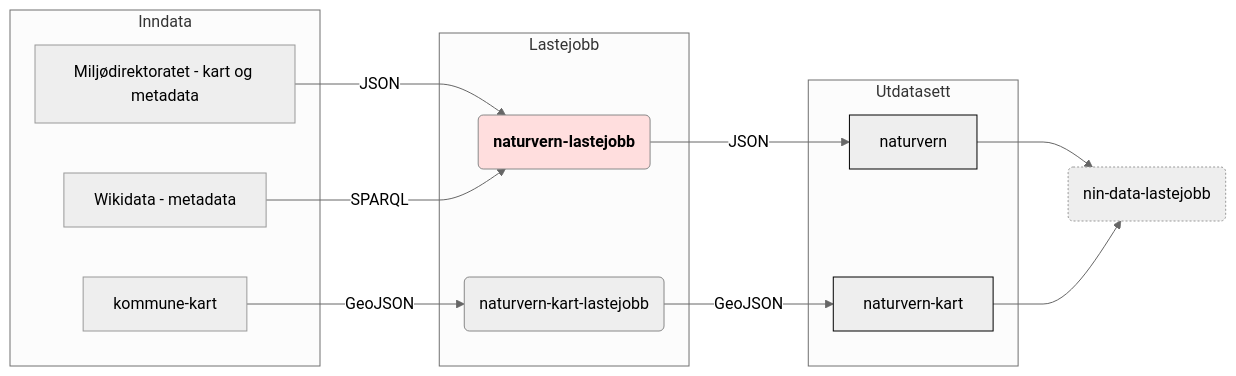
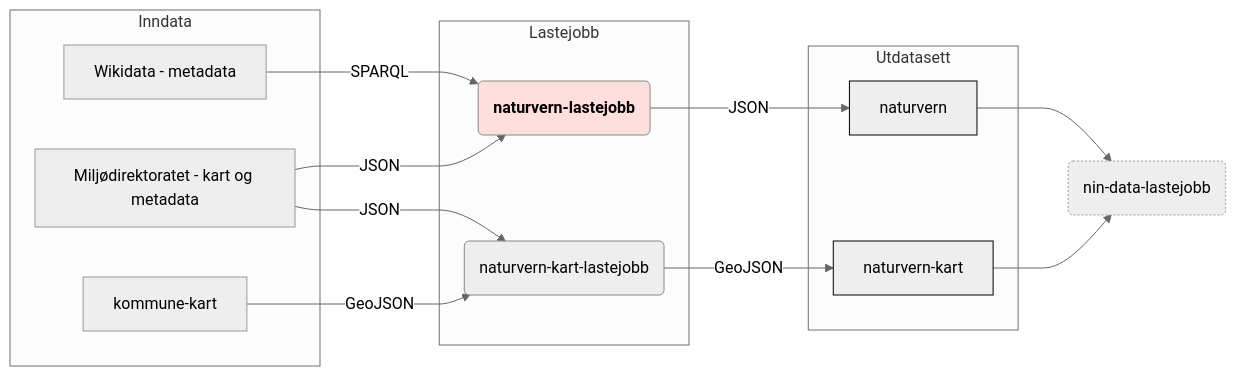
One commit to Artsdatabanken/naturvern-lastejobb changed the diagram in doc/flytdiagram.md. Above: the diagram before and after it, drawn with Mermaid (neutral theme). The commit also changed 1 other file, not shown here.

Commit message:
Kart fra Miljødirektoratet

````diff
--- a/doc/flytdiagram.md
+++ b/doc/flytdiagram.md
@@ -1,45 +1,46 @@
 ```mermaid
 
 graph LR;
   linkStyle default interpolate monotoneX
     subgraph Inndata
       kommune-kart[kommune-kart]
       wikidata[Wikidata - metadata]
       mdir[Miljødirektoratet - kart og metadata]
     end
     subgraph Lastejobb
       naturvern-kart-lastejobb(naturvern-kart-lastejobb)
       naturvern-lastejobb(naturvern-lastejobb)
     end
     subgraph Utdatasett
       naturvern-kart[naturvern-kart]
       naturvern[naturvern]
     end
+    wikidata-->|SPARQL|naturvern-lastejobb;
     mdir-->|JSON|naturvern-lastejobb;
-    wikidata-->|SPARQL|naturvern-lastejobb;
+    mdir-->|JSON|naturvern-kart-lastejobb;
     naturvern-kart-lastejobb-->|GeoJSON|naturvern-kart;
     naturvern-lastejobb-->|JSON|naturvern;
     kommune-kart-->|GeoJSON|naturvern-kart-lastejobb(naturvern-kart-lastejobb);
     naturvern-->nin-data-lastejobb(nin-data-lastejobb);
     naturvern-kart-->nin-data-lastejobb(nin-data-lastejobb);
     click naturvern-lastejobb "https://github.com/Artsdatabanken/naturvern-lastejobb" "_"
     click naturvern "https://github.com/Artsdatabanken/naturvern" "_"
     click naturvern-kart "https://github.com/Artsdatabanken/naturvern-kart" "_"
     click naturvern-kart-lastejobb "https://github.com/Artsdatabanken/naturvern-kart-lastejobb" "_"
     click kommune-kart "https://github.com/Artsdatabanken/kommune-kart" "_"
     click wikidata "https://www.wikidata.org/wiki/Q15284" "_"
     click mdir "https://www.mdir.no" "_"
 
 class naturvern-lastejobb focus
 class kommune,wikidata,mdir data
 class naturvern,naturvern-kart, utdata
 class xnaturvern-lastejobb,naturvern-kart-lastejobb lastejobb
 class nin-data-lastejobb next
 classDef focusx stroke:#888,stroke-width:3px,font-weight:600;
 classDef focus color:#000,fill:#ffdede,stroke:#888,stroke-widthx:3px,font-weight:600;
 classDef data fillx:#ffd;
 classDef lastejobb fillx:#fff,stroke:#888;
 classDef utdata fillx:#ffa,stroke:#000;
 classDef next fill:#eee,stroke-dasharray: 2, 2;
 
 ```
````
